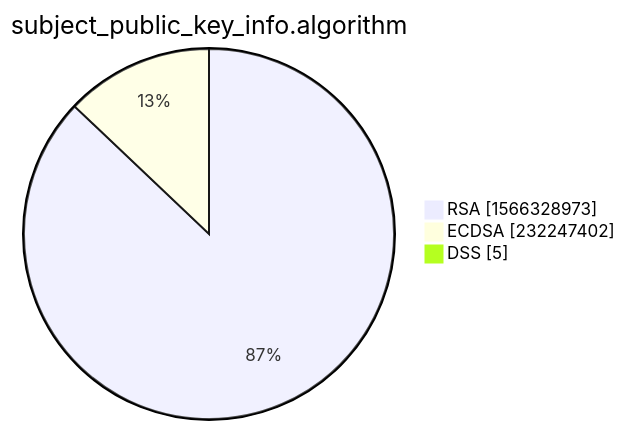
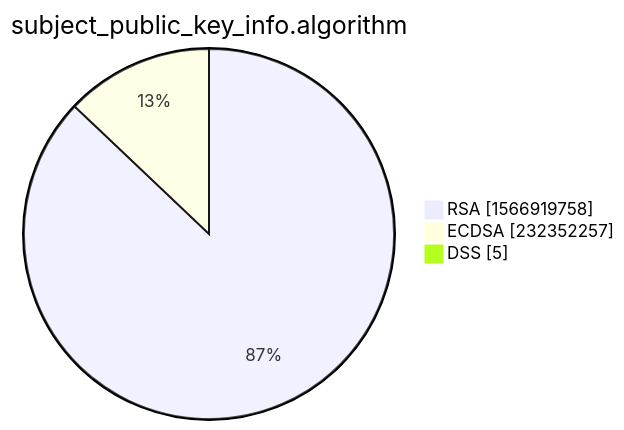
One commit to christiankrug/ctmonitor_visualization changed the third of 15 diagrams in xenon2022/README.md. Above: the diagram before and after it, drawn with Mermaid. The commit also changed other lines of this file, not shown here.

````diff
--- a/xenon2022/README.md
+++ b/xenon2022/README.md
@@ -14,7 +14,7 @@
 ```mermaid
 pie showData
 title subject_public_key_info.algorithm
-"RSA" :1566328973
-"ECDSA" :232247402
+"RSA" :1566919758
+"ECDSA" :232352257
 "DSS" :5
 ```
````
